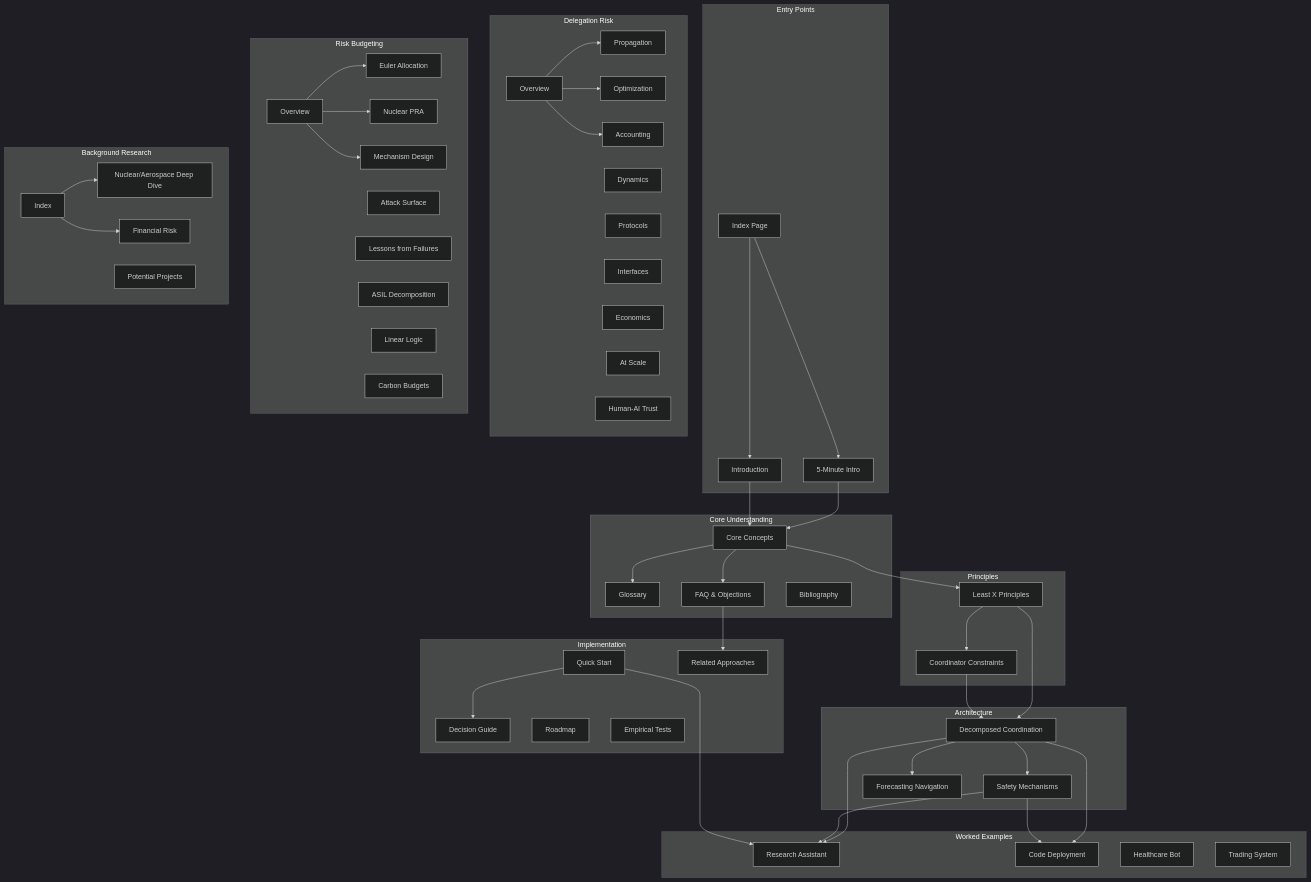
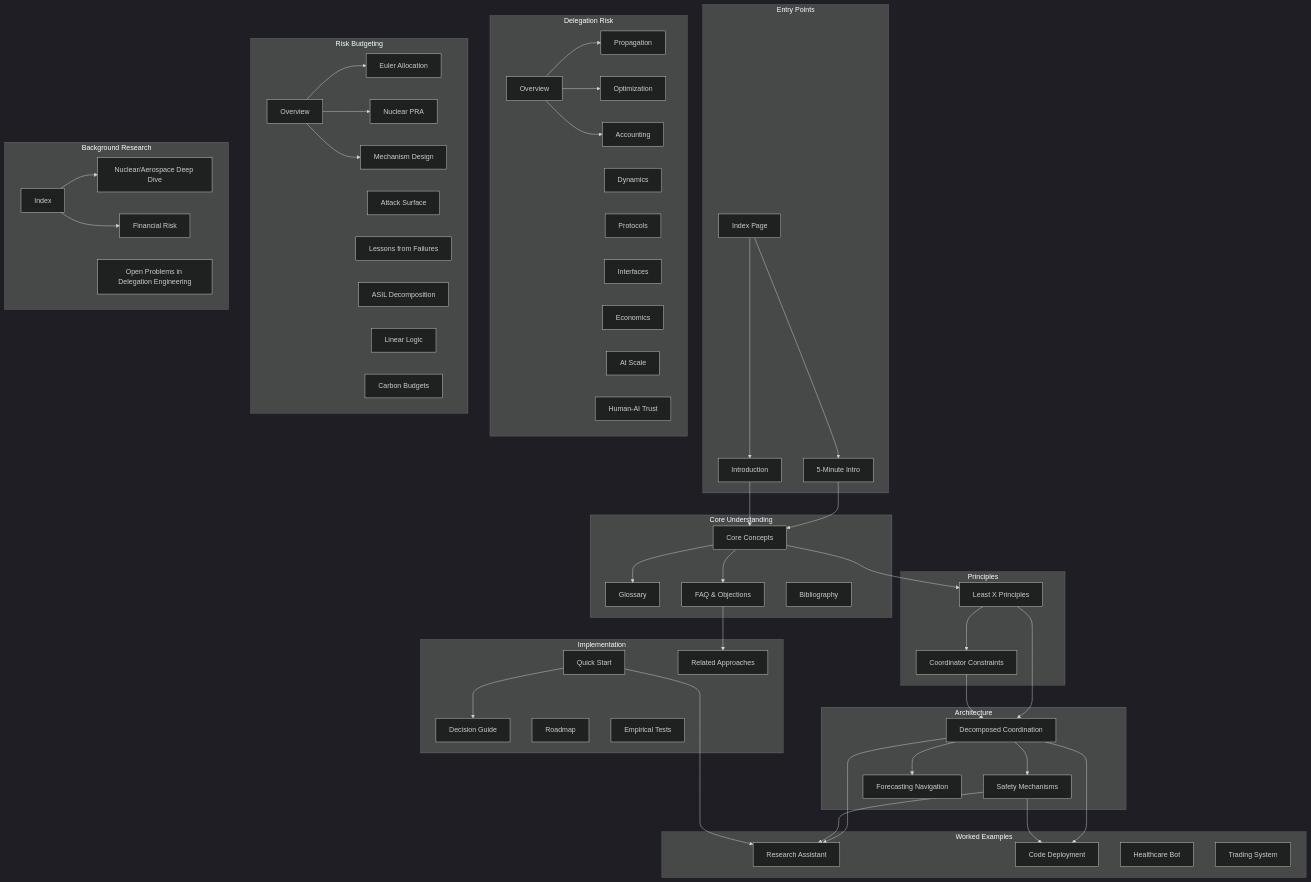
One commit to quantified-uncertainty/cairn changed the diagram in apps/delegation-risk/src/content/docs/reference/site-map.md. Above: the diagram before and after it, drawn with Mermaid (dark theme). The commit also changed other lines of this file and 6 other files, not shown here.

```diff
--- a/apps/delegation-risk/src/content/docs/reference/site-map.md
+++ b/apps/delegation-risk/src/content/docs/reference/site-map.md
@@ -78,7 +78,7 @@
         BGIDX[Index]
         NUCAERO[Nuclear/Aerospace Deep Dive]
         FINRISK[Financial Risk]
-        PROJECTS[Potential Projects]
+        PROJECTS[Open Problems in Delegation Engineering]
     end
 
     INDEX --> FIVEMIN
```
